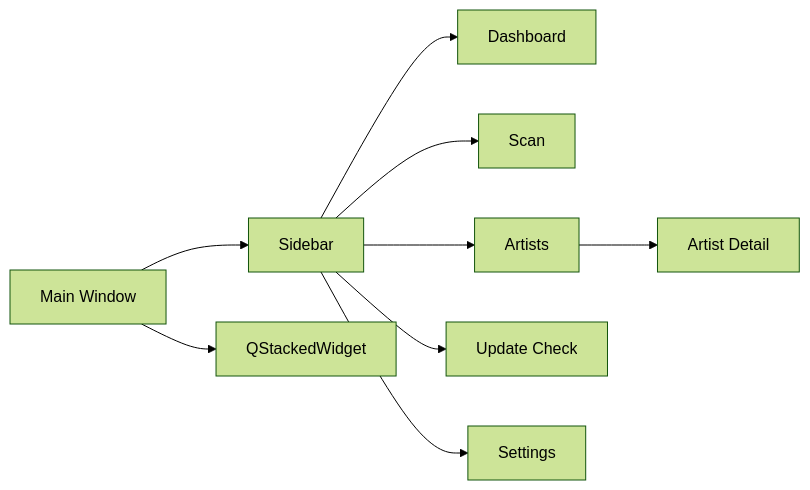
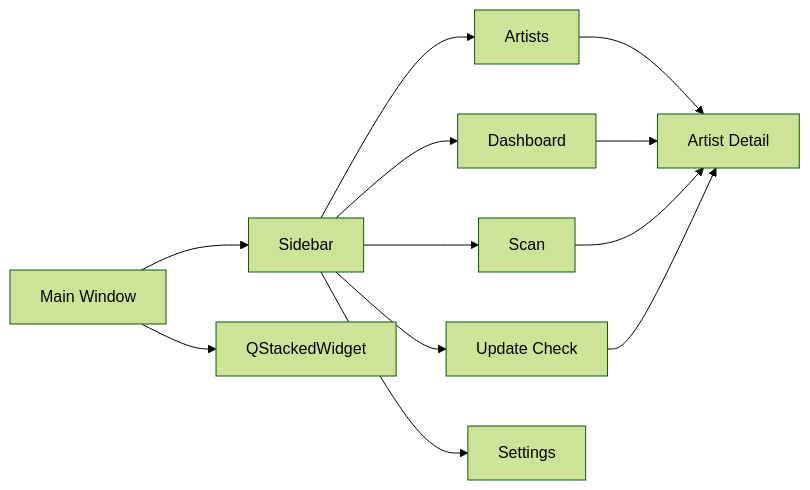
Before and after one commit to PKT0623/PixivLocalManager: the diagram in docs/05_UI_DESIGN.md, drawn with Mermaid (forest theme). The commit also changed other lines of this file and 10 other files, not shown here.

````diff
--- a/docs/05_UI_DESIGN.md
+++ b/docs/05_UI_DESIGN.md
@@ -42,16 +42,19 @@
 ```mermaid
 flowchart LR
 
 MAIN[Main Window]
 
 MAIN --> SIDEBAR[Sidebar]
 MAIN --> STACK[QStackedWidget]
 
 SIDEBAR --> DASHBOARD[Dashboard]
 SIDEBAR --> SCAN[Scan]
 SIDEBAR --> ARTISTS[Artists]
 SIDEBAR --> UPDATE[Update Check]
 SIDEBAR --> SETTINGS[Settings]
 
 ARTISTS --> DETAIL[Artist Detail]
+DASHBOARD --> DETAIL
+SCAN --> DETAIL
+UPDATE --> DETAIL
 ```
````
